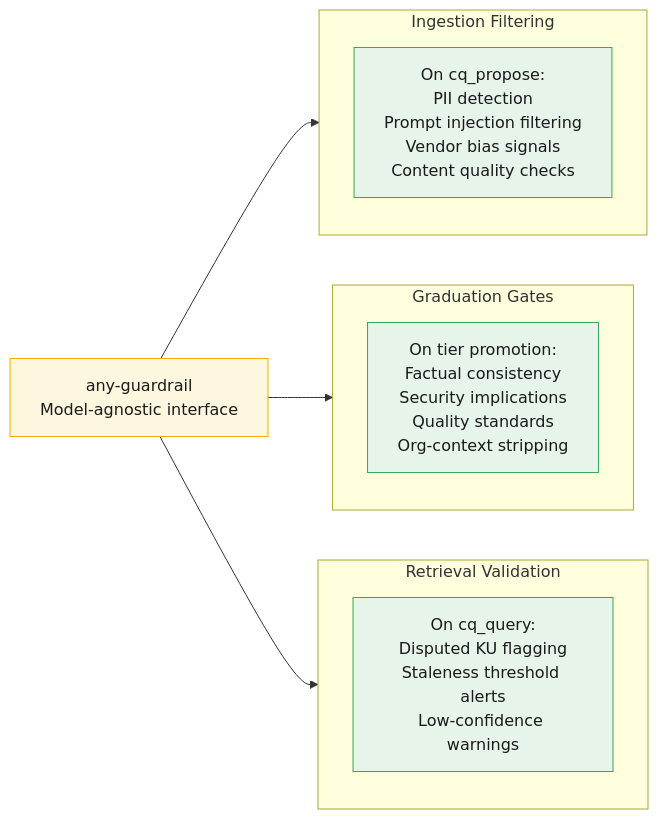
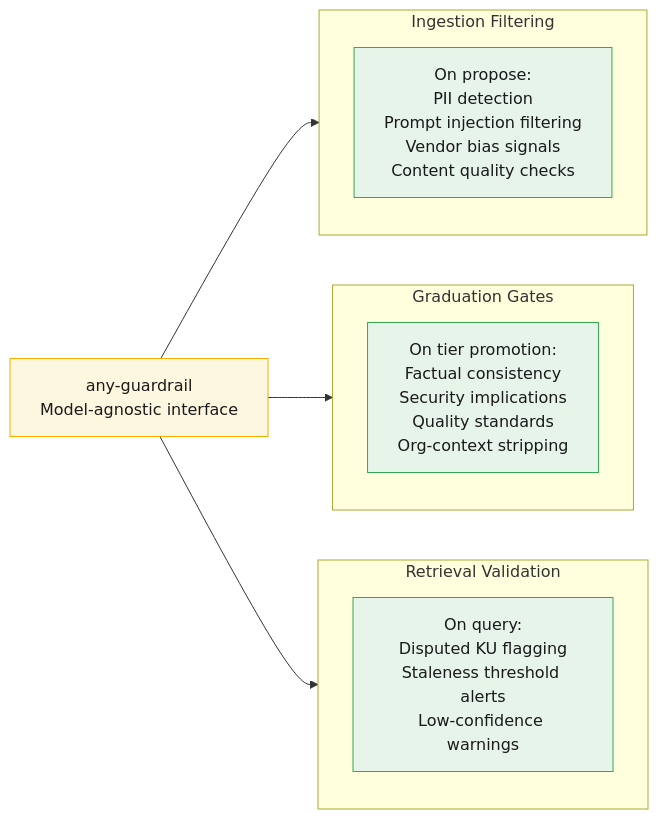
One commit to mozilla-ai/cq changed the fifth of 8 diagrams in docs/architecture.md. Above: the diagram before and after it, drawn with Mermaid. The commit also changed other lines of this file and 7 other files, not shown here.

````diff
--- a/docs/architecture.md
+++ b/docs/architecture.md
@@ -191,26 +191,26 @@
 ```mermaid
 flowchart LR
     subgraph ingestion["Ingestion Filtering"]
-        ing["On cq_propose:\nPII detection\nPrompt injection filtering\nVendor bias signals\nContent quality checks"]
+        ing["On propose:\nPII detection\nPrompt injection filtering\nVendor bias signals\nContent quality checks"]
     end
 
     subgraph graduation["Graduation Gates"]
         grad["On tier promotion:\nFactual consistency\nSecurity implications\nQuality standards\nOrg-context stripping"]
     end
 
     subgraph retrieval["Retrieval Validation"]
-        ret["On cq_query:\nDisputed KU flagging\nStaleness threshold alerts\nLow-confidence warnings"]
+        ret["On query:\nDisputed KU flagging\nStaleness threshold alerts\nLow-confidence warnings"]
     end
 
     any["any-guardrail\nModel-agnostic interface"]
 
     any --> ingestion
     any --> graduation
     any --> retrieval
 
     classDef guardStyle fill:#e6f4ea,stroke:#34a853,color:#1a1a1a
     classDef anyStyle fill:#fef7e0,stroke:#f9ab00,color:#1a1a1a
 
     class ing,grad,ret guardStyle
     class any anyStyle
 ```
````
